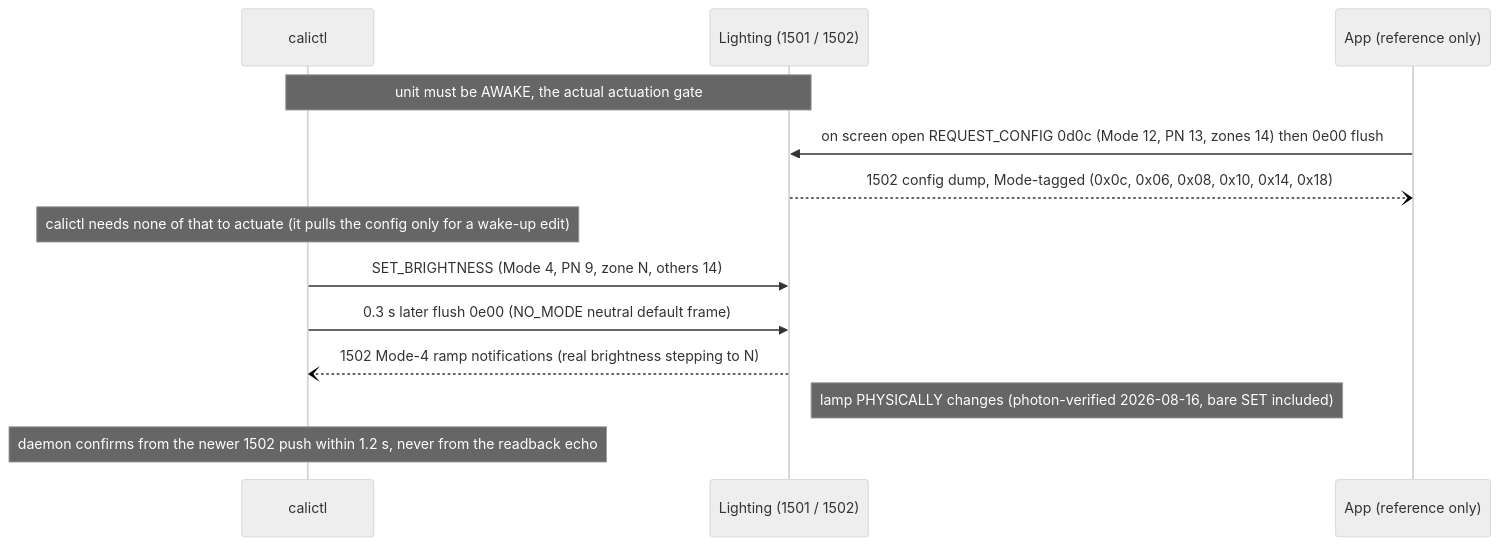
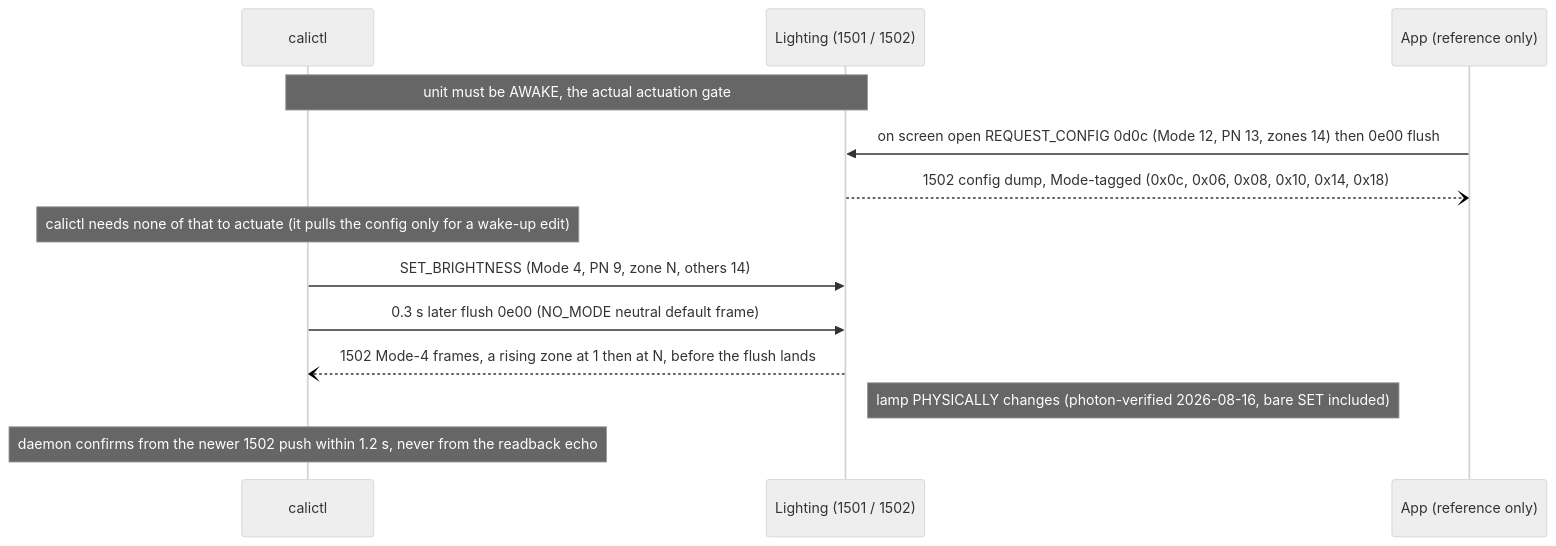
The seventh of 17 diagrams in docs/protocol-sequences.rst (ckeller42/open-california), drawn with Mermaid (neutral theme) before and after one commit. The commit also changed other lines of this file and 17 other files, not shown here.

```diff
--- a/docs/protocol-sequences.rst
+++ b/docs/protocol-sequences.rst
@@ -687,15 +692,15 @@
 .. mermaid::
 
     sequenceDiagram
         participant C as calictl
         participant U as Lighting (1501 / 1502)
         participant A as App (reference only)
         Note over C,U: unit must be AWAKE, the actual actuation gate
         A->>U: on screen open REQUEST_CONFIG 0d0c (Mode 12, PN 13, zones 14) then 0e00 flush
         U--)A: 1502 config dump, Mode-tagged (0x0c, 0x06, 0x08, 0x10, 0x14, 0x18)
         Note over C: calictl needs none of that to actuate (it pulls the config only for a wake-up edit)
         C->>U: SET_BRIGHTNESS (Mode 4, PN 9, zone N, others 14)
         C->>U: 0.3 s later flush 0e00 (NO_MODE neutral default frame)
-        U--)C: 1502 Mode-4 ramp notifications (real brightness stepping to N)
+        U--)C: 1502 Mode-4 frames, a rising zone at 1 then at N, before the flush lands
         Note right of U: lamp PHYSICALLY changes (photon-verified 2026-08-16, bare SET included)
         Note over C: daemon confirms from the newer 1502 push within 1.2 s, never from the readback echo
```
